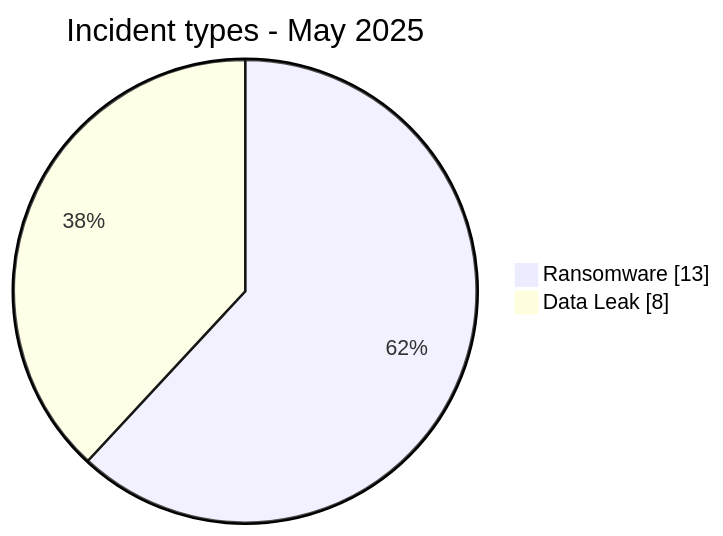
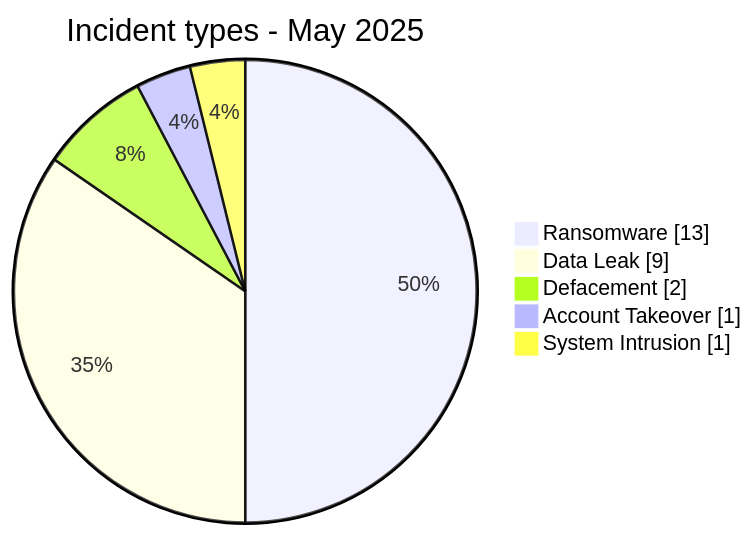
One commit to Hatchepsoute/AFRINTEL changed the first of 2 diagrams in CyberAttackAfrica/2025/05-may/README.md. Above: the diagram before and after it, drawn with Mermaid. The commit also changed other lines of this file and 73 other files, not shown here.

````diff
--- a/CyberAttackAfrica/2025/05-may/README.md
+++ b/CyberAttackAfrica/2025/05-may/README.md
@@ -67,6 +78,9 @@
 ```mermaid
 pie showData
     title Incident types - May 2025
     "Ransomware" : 13
-    "Data Leak" : 8
+    "Data Leak" : 9
+    "Defacement" : 2
+    "Account Takeover" : 1
+    "System Intrusion" : 1
 ```
````
